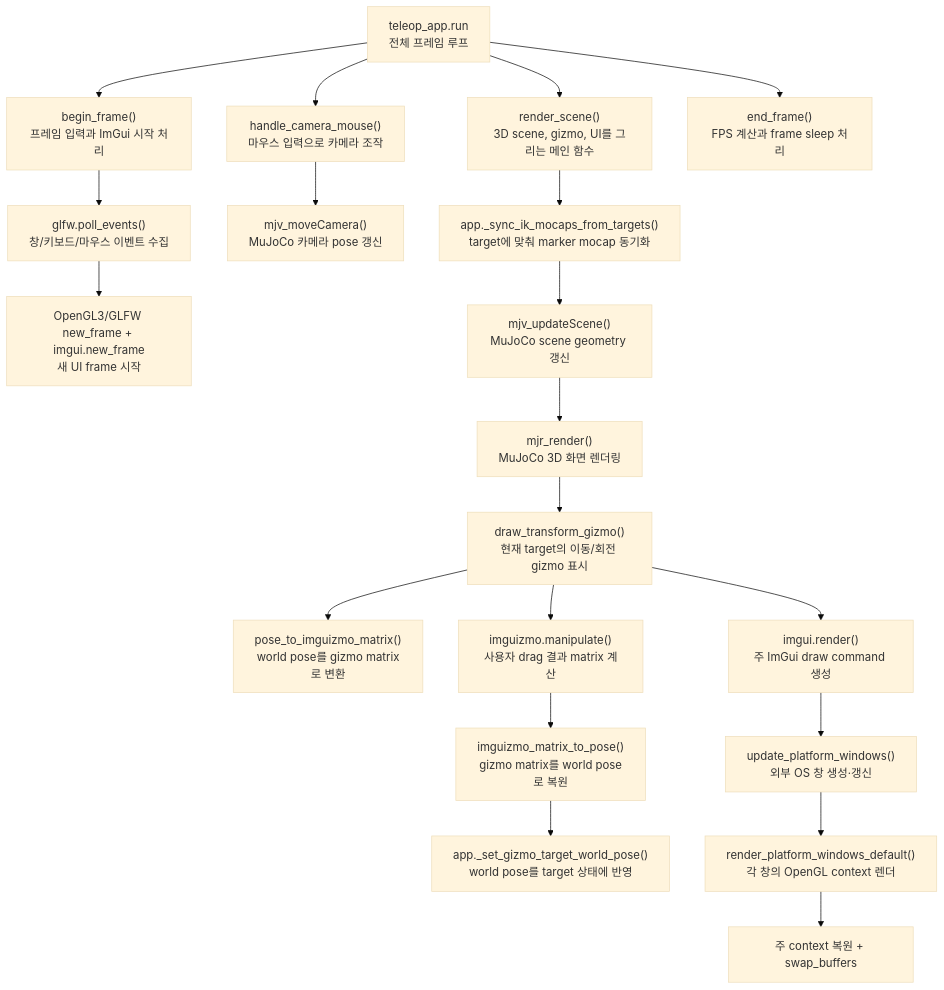
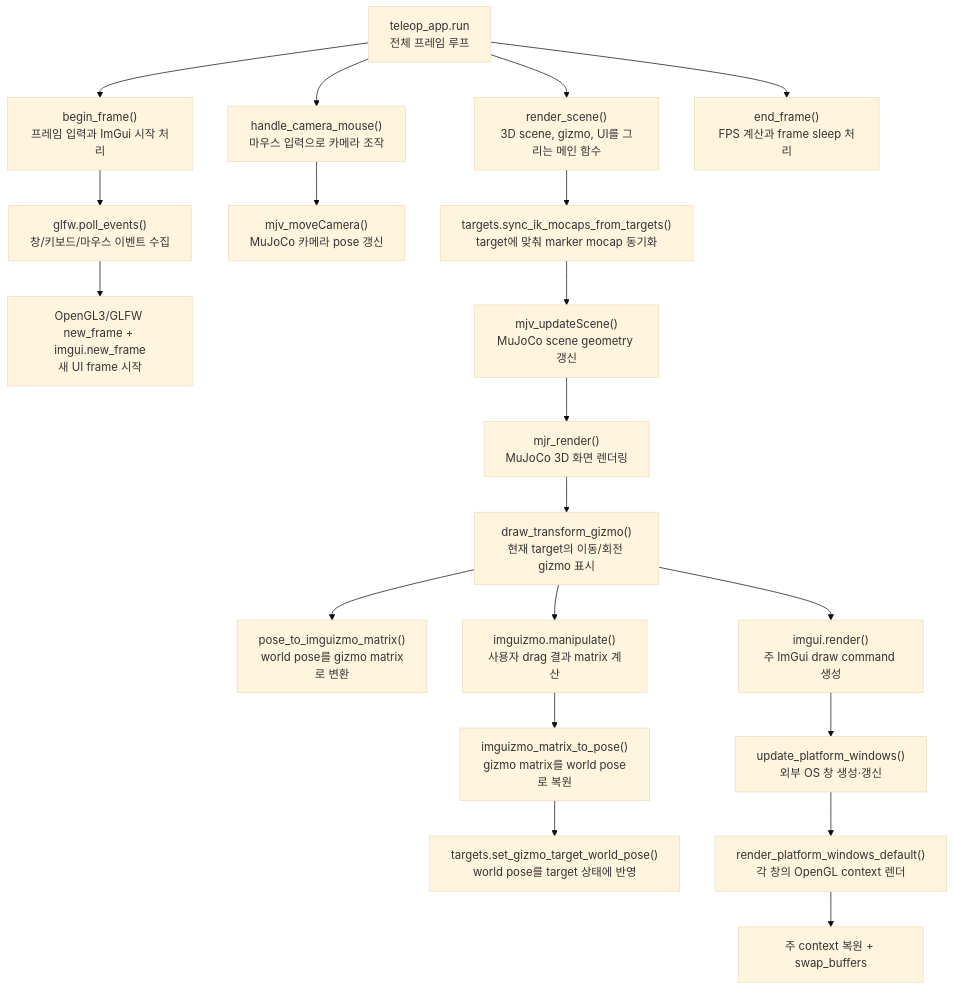
Before and after one commit to Geonhee-LEE/aiworker-mj-lab: the diagram in docs/guide/teleop_render.md, drawn with Mermaid (base theme). The commit also changed other lines of this file and 25 other files, not shown here.

````diff
--- a/docs/guide/teleop_render.md
+++ b/docs/guide/teleop_render.md
@@ -39,22 +39,22 @@
 ```mermaid
 flowchart TD
     A["teleop_app.run<br>전체 프레임 루프"] --> B["begin_frame()<br>프레임 입력과 ImGui 시작 처리"]
     B --> C["glfw.poll_events()<br>창/키보드/마우스 이벤트 수집"]
     C --> D["OpenGL3/GLFW new_frame + imgui.new_frame<br>새 UI frame 시작"]
     A --> E["handle_camera_mouse()<br>마우스 입력으로 카메라 조작"]
     E --> F["mjv_moveCamera()<br>MuJoCo 카메라 pose 갱신"]
     A --> G["render_scene()<br>3D scene, gizmo, UI를 그리는 메인 함수"]
-    G --> H["app._sync_ik_mocaps_from_targets()<br>target에 맞춰 marker mocap 동기화"]
+    G --> H["targets.sync_ik_mocaps_from_targets()<br>target에 맞춰 marker mocap 동기화"]
     H --> I["mjv_updateScene()<br>MuJoCo scene geometry 갱신"]
     I --> J["mjr_render()<br>MuJoCo 3D 화면 렌더링"]
     J --> K["draw_transform_gizmo()<br>현재 target의 이동/회전 gizmo 표시"]
     K --> L["pose_to_imguizmo_matrix()<br>world pose를 gizmo matrix로 변환"]
     K --> M["imguizmo.manipulate()<br>사용자 drag 결과 matrix 계산"]
     M --> N["imguizmo_matrix_to_pose()<br>gizmo matrix를 world pose로 복원"]
-    N --> O["app._set_gizmo_target_world_pose()<br>world pose를 target 상태에 반영"]
+    N --> O["targets.set_gizmo_target_world_pose()<br>world pose를 target 상태에 반영"]
     K --> P["imgui.render()<br>주 ImGui draw command 생성"]
     P --> Q["update_platform_windows()<br>외부 OS 창 생성·갱신"]
     Q --> S["render_platform_windows_default()<br>각 창의 OpenGL context 렌더"]
     S --> T["주 context 복원 + swap_buffers"]
     A --> R["end_frame()<br>FPS 계산과 frame sleep 처리"]
 ```
````
